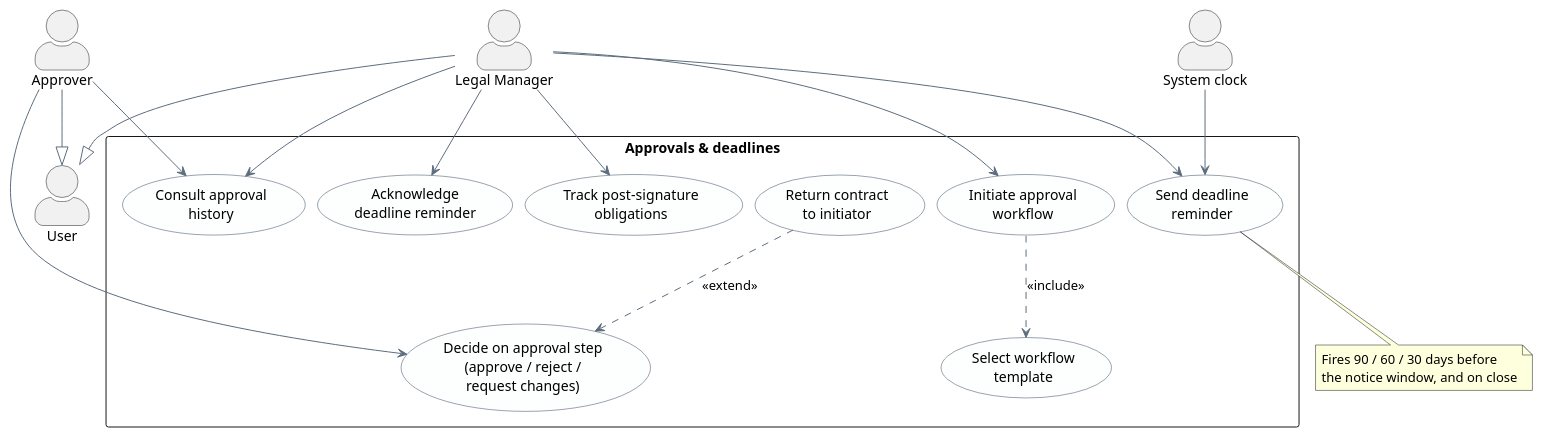
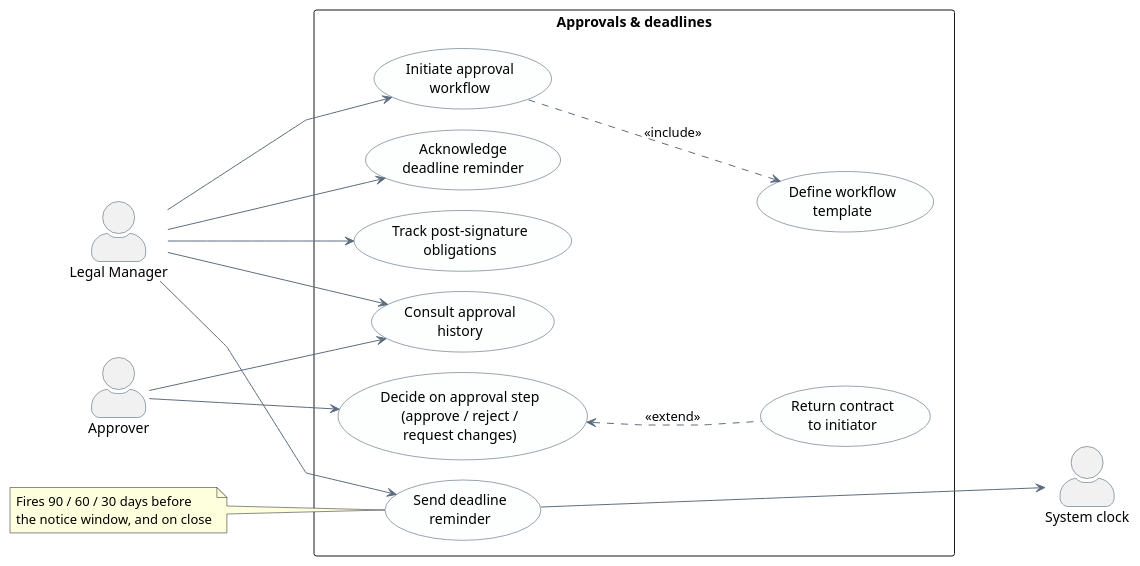
The diagram in report/Chapter2/figures/uc-approvals-deadlines.puml (idris-saddi/pfe-report), drawn with PlantUML before and after one commit. The commit also changed 66 other files, not shown here.

```diff
--- a/report/Chapter2/figures/uc-approvals-deadlines.puml
+++ b/report/Chapter2/figures/uc-approvals-deadlines.puml
@@ -1,53 +1,65 @@
 @startuml uc-approvals-deadlines
 '==============================================================================
-' Detailed use cases: Approvals (Sec. 4.4) and Deadlines & obligations (Sec. 4.3).
-' Render:  plantuml -tsvg uc-approvals-deadlines.puml && \
-'          rsvg-convert -f pdf -o uc-approvals-deadlines.pdf uc-approvals-deadlines.svg
+' Detailed use cases: Approvals and Deadlines & obligations.
+' Standard arrangement: actors LEFT, use cases in the boundary MIDDLE, the
+' secondary System clock actor RIGHT. The workflow-template step is "Define"
+' (was "Select"). No out-of-scope actor appears here, so no scope colouring
+' (supervisor feedback).
+' Render:  make figures
 '==============================================================================
 left to right direction
 skinparam shadowing false
 skinparam defaultFontName Helvetica
 skinparam packageStyle rectangle
 skinparam actorStyle awesome
-skinparam ranksep 60
-skinparam nodesep 12
+skinparam linetype polyline
+skinparam ranksep 110
+skinparam nodesep 20
 skinparam usecase {
   BorderColor      #34495E
   BackgroundColor  #FDFEFE
   ArrowColor       #5D6D7E
 }
+skinparam actor {
+  BorderColor      #34495E
+}
 
 actor "Legal Manager" as lm
 actor "Approver"      as appr
-actor "System clock"  as clock
-actor "User"          as user
-lm   --|> user
-appr --|> user
 
 rectangle "Approvals & deadlines" {
+  usecase "Initiate approval\nworkflow" as UC_initappr
+  usecase "Define workflow\ntemplate"  as UC_template
   usecase "Send deadline\nreminder"    as UC_remind
-  usecase "Initiate approval\nworkflow" as UC_initappr
-  usecase "Select workflow\ntemplate"  as UC_template
-  usecase "Decide on approval step\n(approve / reject /\nrequest changes)" as UC_decide
-  usecase "Return contract\nto initiator" as UC_return
-  usecase "Consult approval\nhistory"  as UC_apprhist
   usecase "Acknowledge\ndeadline reminder" as UC_ack
   usecase "Track post-signature\nobligations" as UC_oblig
+  usecase "Consult approval\nhistory"  as UC_apprhist
+  together {
+    usecase "Decide on approval step\n(approve / reject /\nrequest changes)" as UC_decide
+    usecase "Return contract\nto initiator" as UC_return
+  }
 }
 
 lm    --> UC_initappr
 lm    --> UC_remind
 lm    --> UC_apprhist
 lm    --> UC_ack
 lm    --> UC_oblig
 appr  --> UC_decide
 appr  --> UC_apprhist
-clock --> UC_remind
+' Base use case on the left, the included / extending use case to its
+' right; «include» points at the included case, «extend» points back at
+' the base (UML standard).
 UC_initappr ..> UC_template : <<include>>
-UC_return   ..> UC_decide   : <<extend>>
+UC_decide   <.. UC_return   : <<extend>>
 
-note bottom of UC_remind
+' Secondary actor (far right; hidden edge pushes it past the inner column)
+actor "System clock" as clock
+UC_remind --> clock
+UC_template -[hidden]-> clock
+
+ note left of UC_remind
   Fires 90 / 60 / 30 days before
   the notice window, and on close
 end note
 @enduml
```
